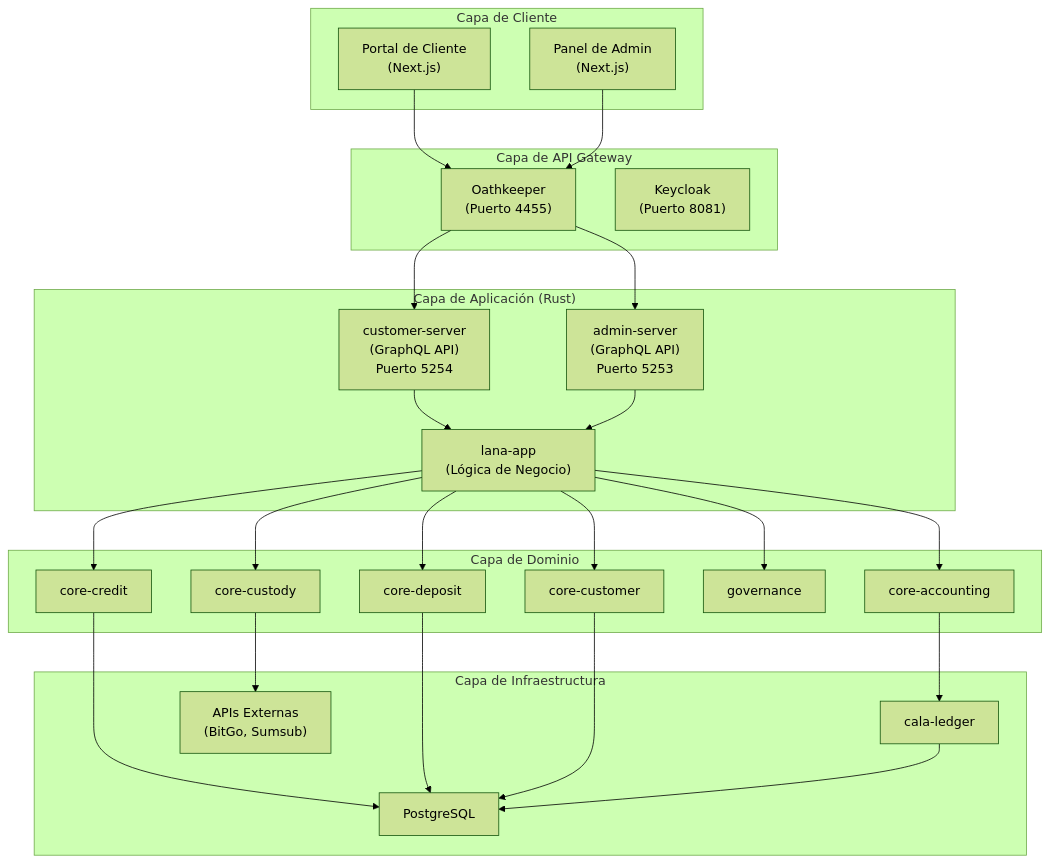
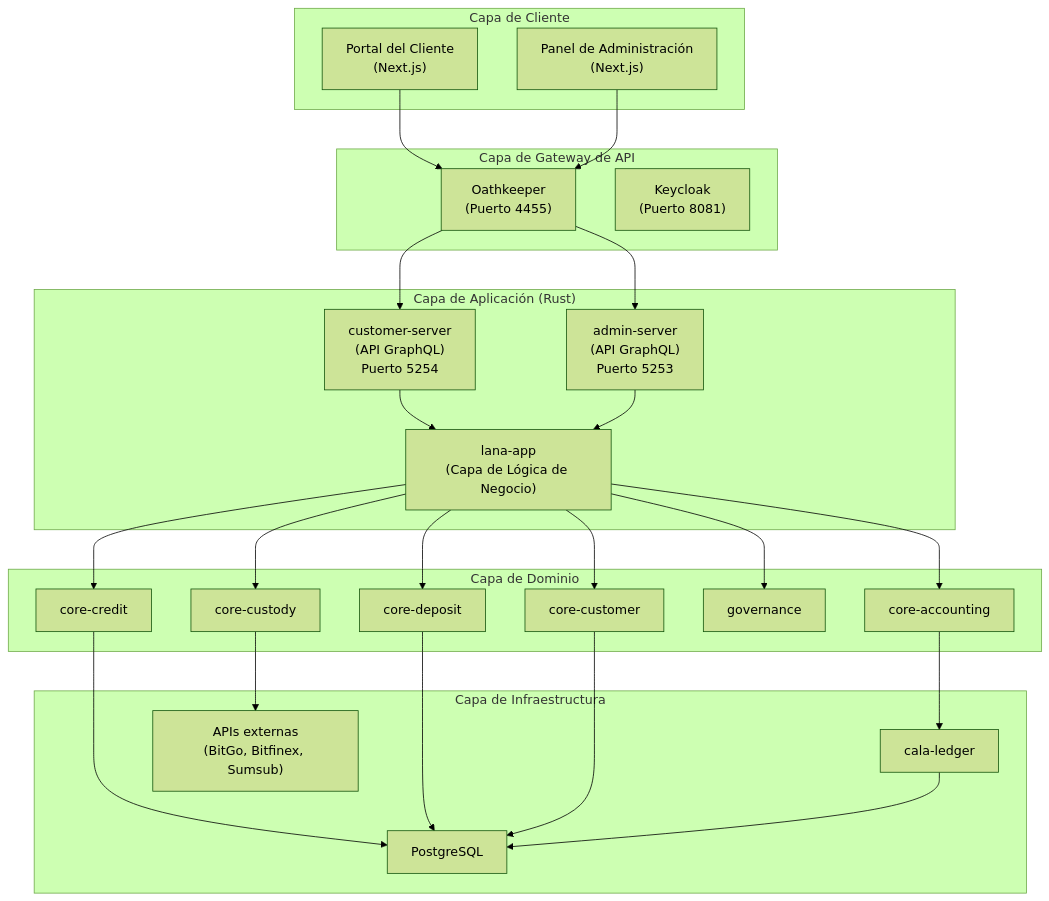
Before and after one commit to GaloyMoney/lana-bank: the first of 3 diagrams in docs-site/i18n/es/docusaurus-plugin-content-docs/current/for-platform-engineers/system-architecture.md, drawn with Mermaid (forest theme). The commit also changed other lines of this file and 4 other files, not shown here.

````diff
--- a/docs-site/i18n/es/docusaurus-plugin-content-docs/current/for-platform-engineers/system-architecture.md
+++ b/docs-site/i18n/es/docusaurus-plugin-content-docs/current/for-platform-engineers/system-architecture.md
@@ -11,52 +11,52 @@
 ```mermaid
 graph TD
     subgraph Client["Capa de Cliente"]
-        CP["Portal de Cliente<br/>(Next.js)"]
-        AP["Panel de Admin<br/>(Next.js)"]
+        CP["Portal del Cliente<br/>(Next.js)"]
+        AP["Panel de Administración<br/>(Next.js)"]
     end
 
-    subgraph Gateway["Capa de API Gateway"]
+    subgraph Gateway["Capa de Gateway de API"]
         OAT["Oathkeeper<br/>(Puerto 4455)"]
         KC["Keycloak<br/>(Puerto 8081)"]
     end
 
     subgraph App["Capa de Aplicación (Rust)"]
-        CS["customer-server<br/>(GraphQL API)<br/>Puerto 5254"]
-        AS["admin-server<br/>(GraphQL API)<br/>Puerto 5253"]
-        LA["lana-app<br/>(Lógica de Negocio)"]
+        CS["customer-server<br/>(API GraphQL)<br/>Puerto 5254"]
+        AS["admin-server<br/>(API GraphQL)<br/>Puerto 5253"]
+        LA["lana-app<br/>(Capa de Lógica de Negocio)"]
     end
 
     subgraph Domain["Capa de Dominio"]
         CC["core-credit"]
         CD["core-deposit"]
         CCU["core-customer"]
         CA["core-accounting"]
         GOV["governance"]
         CUS["core-custody"]
     end
 
     subgraph Infra["Capa de Infraestructura"]
         PG["PostgreSQL"]
         CALA["cala-ledger"]
-        EXT["APIs Externas<br/>(BitGo, Sumsub)"]
+        EXT["APIs externas<br/>(BitGo, Bitfinex, Sumsub)"]
     end
 
     CP --> OAT
     AP --> OAT
     OAT --> CS
     OAT --> AS
     CS --> LA
     AS --> LA
     LA --> CC
     LA --> CD
     LA --> CCU
     LA --> CA
     LA --> GOV
     LA --> CUS
     CC --> PG
     CD --> PG
     CCU --> PG
     CA --> CALA
     CUS --> EXT
     CALA --> PG
 ```
````
